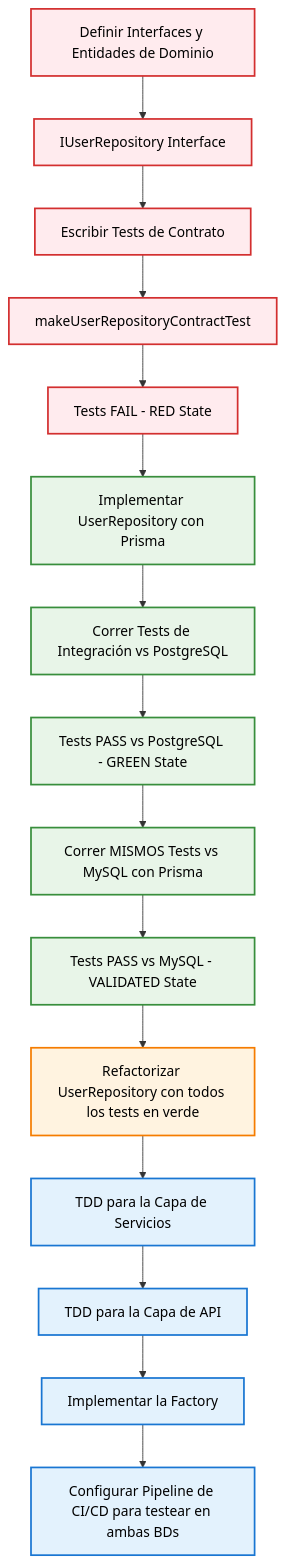
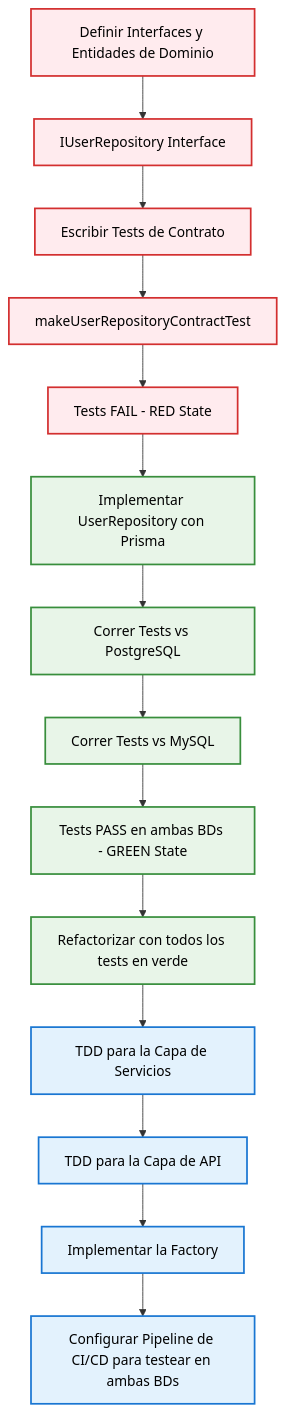
One commit to exetrujillo/wayrapp-back changed the diagram in docs/architecture/users-tdd-architecture.md. Above: the diagram before and after it, drawn with Mermaid. The commit also changed other lines of this file and 10 other files, not shown here.

Commit message:
Avance en la documentación del manual para desarrollo TDD, Fase 1 y 2 listas

````diff
--- a/docs/architecture/users-tdd-architecture.md
+++ b/docs/architecture/users-tdd-architecture.md
@@ -9,40 +9,36 @@
 ```mermaid
 graph TD
     %% TDD Cycle: RED - GREEN - REFACTOR
 
     %% Phase 1: Domain & Contracts (RED)
     A[Definir Interfaces y Entidades de Dominio] --> B[IUserRepository Interface]
     B --> C[Escribir Tests de Contrato]
     C --> D[makeUserRepositoryContractTest]
     D --> E[Tests FAIL - RED State]
 
-    %% Phase 2: Implementation (GREEN)
+    %% Phase 2: Implementation & Multi-DB Validation (GREEN)
     E --> F[Implementar UserRepository con Prisma]
-    F --> G[Correr Tests de Integración vs PostgreSQL]
-    G --> H[Tests PASS vs PostgreSQL - GREEN State]
+    F --> G[Correr Tests vs PostgreSQL]
+    G --> H[Correr Tests vs MySQL]
+    H --> I[Tests PASS en ambas BDs - GREEN State]
+    I --> J[Refactorizar con todos los tests en verde]
 
-    %% Phase 3: Validation & Refactor (VALIDATE & REFACTOR)
-    H --> I[Correr MISMOS Tests vs MySQL con Prisma]
-    I --> J[Tests PASS vs MySQL - VALIDATED State]
-    J --> K[Refactorizar UserRepository con todos los tests en verde]
-
-    %% Phase 4: Application Layers (TDD Cycle)
-    K --> L[TDD para la Capa de Servicios]
-    L --> M[TDD para la Capa de API]
+    %% Phase 3: Application Layers (TDD Cycle)
+    J --> K[TDD para la Capa de Servicios]
+    K --> L[TDD para la Capa de API]
     
-    %% Phase 5: Finalization
-    M --> N[Implementar la Factory]
-    N --> O[Configurar Pipeline de CI/CD para testear en ambas BDs]
+    %% Phase 4: Finalization
+    L --> M[Implementar la Factory]
+    M --> N[Configurar Pipeline de CI/CD para testear en ambas BDs]
 
 
     %% Styling
     classDef redPhase fill:#ffebee,color:#000000,stroke:#d32f2f,stroke-width:2px
     classDef greenPhase fill:#e8f5e8,color:#000000,stroke:#388e3c,stroke-width:2px
     classDef refactorPhase fill:#fff3e0,color:#000000,stroke:#f57c00,stroke-width:2px
     classDef interfacePhase fill:#e3f2fd,color:#000000,stroke:#1976d2,stroke-width:2px
 
     class A,B,C,D,E redPhase
     class F,G,H,I,J greenPhase
-    class K refactorPhase
-    class L,M,N,O interfacePhase
+    class K,L,M,N interfacePhase
 ```
````
